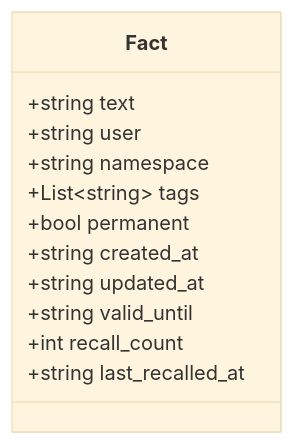
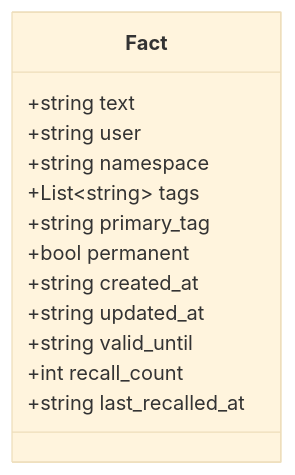
Before and after one commit to Dzarlax-AI/personal_memory: the second of 2 diagrams in README.md, drawn with Mermaid (base theme). The commit also changed other lines of this file and 11 other files, not shown here.

Commit message:
Add primary tag support

````diff
--- a/README.md
+++ b/README.md
@@ -82,15 +82,16 @@
 ```mermaid
 classDiagram
     class Fact {
         +string text
         +string user
         +string namespace
         +List~string~ tags
+        +string primary_tag
         +bool permanent
         +string created_at
         +string updated_at
         +string valid_until
         +int recall_count
         +string last_recalled_at
     }
 ```
````
